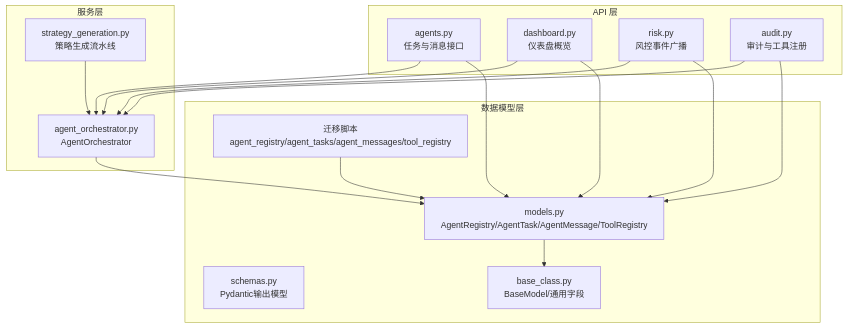
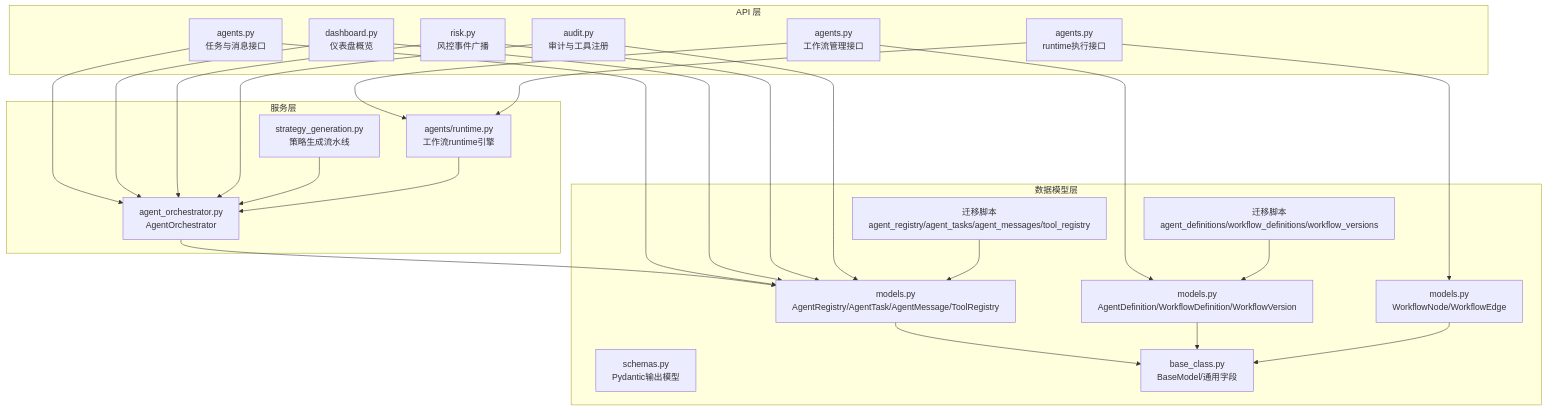
One commit to javelin-dot/llmine-quant changed the first of 10 diagrams in .qoder/repowiki/zh/content/后端开发指南/服务层开发/策略生成服务/AI Agent协调机制.md. Above: the diagram before and after it, drawn with Mermaid. The commit also changed other lines of this file and 19 other files, not shown here.

````diff
--- a/.qoder/repowiki/zh/content/后端开发指南/服务层开发/策略生成服务/AI Agent协调机制.md
+++ b/.qoder/repowiki/zh/content/后端开发指南/服务层开发/策略生成服务/AI Agent协调机制.md
@@ -39,31 +52,45 @@
 ```mermaid
 graph TB
 subgraph "API 层"
 A1["agents.py<br/>任务与消息接口"]
 A2["dashboard.py<br/>仪表盘概览"]
 A3["risk.py<br/>风控事件广播"]
 A4["audit.py<br/>审计与工具注册"]
+A5["agents.py<br/>工作流管理接口"]
+A6["agents.py<br/>runtime执行接口"]
 end
 subgraph "服务层"
 S1["agent_orchestrator.py<br/>AgentOrchestrator"]
 S2["strategy_generation.py<br/>策略生成流水线"]
+S3["agents/runtime.py<br/>工作流runtime引擎"]
 end
 subgraph "数据模型层"
 M1["models.py<br/>AgentRegistry/AgentTask/AgentMessage/ToolRegistry"]
-M2["schemas.py<br/>Pydantic输出模型"]
-M3["base_class.py<br/>BaseModel/通用字段"]
-M4["迁移脚本<br/>agent_registry/agent_tasks/agent_messages/tool_registry"]
+M2["models.py<br/>AgentDefinition/WorkflowDefinition/WorkflowVersion"]
+M3["models.py<br/>WorkflowNode/WorkflowEdge"]
+M4["schemas.py<br/>Pydantic输出模型"]
+M5["base_class.py<br/>BaseModel/通用字段"]
+M6["迁移脚本<br/>agent_registry/agent_tasks/agent_messages/tool_registry"]
+M7["迁移脚本<br/>agent_definitions/workflow_definitions/workflow_versions"]
 end
 A1 --> S1
 A2 --> S1
 A3 --> S1
 A4 --> S1
+A5 --> S3
+A6 --> S3
 S2 --> S1
+S3 --> S1
 S1 --> M1
 A1 --> M1
 A2 --> M1
 A3 --> M1
 A4 --> M1
-M1 --> M3
-M4 --> M1
+A5 --> M2
+A6 --> M3
+M1 --> M5
+M2 --> M5
+M3 --> M5
+M6 --> M1
+M7 --> M2
 ```
````
